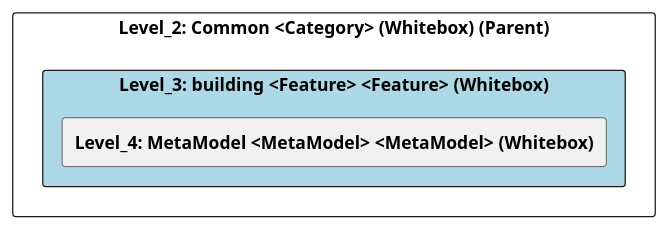
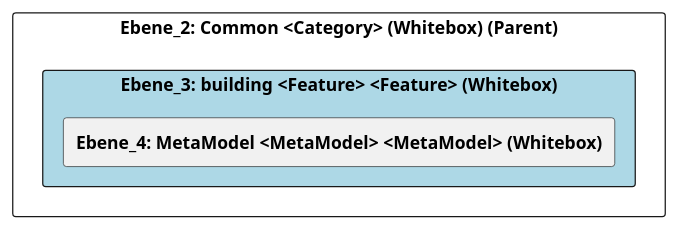
The diagram in doc/cleonproject_deliverables_architecture_model_architecture/adoc/de/05_bausteinsicht/cleon/common/building/ebene_3_building.adoc (marcozwyssig/cleon), drawn with PlantUML before and after one commit. The commit also changed other lines of this file and 150 other files, not shown here.

```diff
--- a/doc/cleonproject_deliverables_architecture_model_architecture/adoc/de/05_bausteinsicht/cleon/common/building/ebene_3_building.adoc
+++ b/doc/cleonproject_deliverables_architecture_model_architecture/adoc/de/05_bausteinsicht/cleon/common/building/ebene_3_building.adoc
@@ -20,26 +20,24 @@
-[plantuml, Level_3: building <Feature> <Feature> (Whitebox)BlockOverview, format="svg"]
+[plantuml, Ebene_3: building <Feature> <Feature> (Whitebox)BlockOverview, format="svg"]
 ----
-@startuml Level_3: building <Feature> <Feature> (Whitebox)BuildingBlockOverview
+@startuml Ebene_3: building <Feature> <Feature> (Whitebox)BuildingBlockOverview
 
 skinparam ranksep 10
 skinparam componentStyle rectangle
 skinparam shadowing false
 skinparam arrowColor lightblue
 skinparam arrowThickness 1.2
 skinparam rectangle {
   BackgroundColor White
   BorderColor #333
   RoundCorner 10
 }
 top to bottom direction
 
-component "Level_2: Common <Category> (Whitebox) (Parent)" {
-    component "Level_3: building <Feature> <Feature> (Whitebox)" #lightblue {
-        [**Level_4: MetaModel <MetaModel> <MetaModel> (Whitebox)**] as 4A56DE55_D579_11EE_903E_9F564E4DE07E
+component "Ebene_2: Common <Category> (Whitebox) (Parent)" {
+    component "Ebene_3: building <Feature> <Feature> (Whitebox)" #lightblue {
+        [**Ebene_4: MetaModel <MetaModel> <MetaModel> (Whitebox)**] as 4A56DE55_D579_11EE_903E_9F564E4DE07E
     }
-
-    
 }
 
 @enduml
 ----
```
